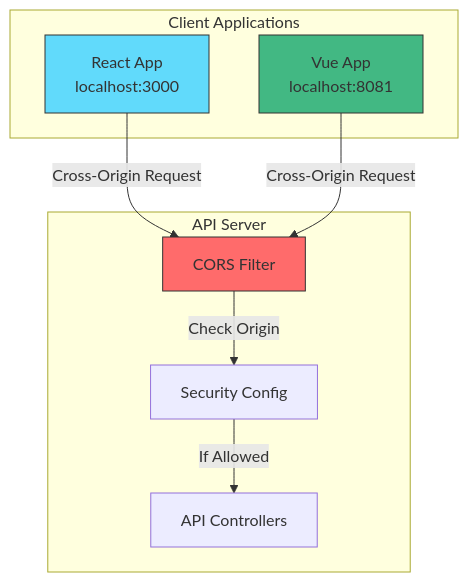
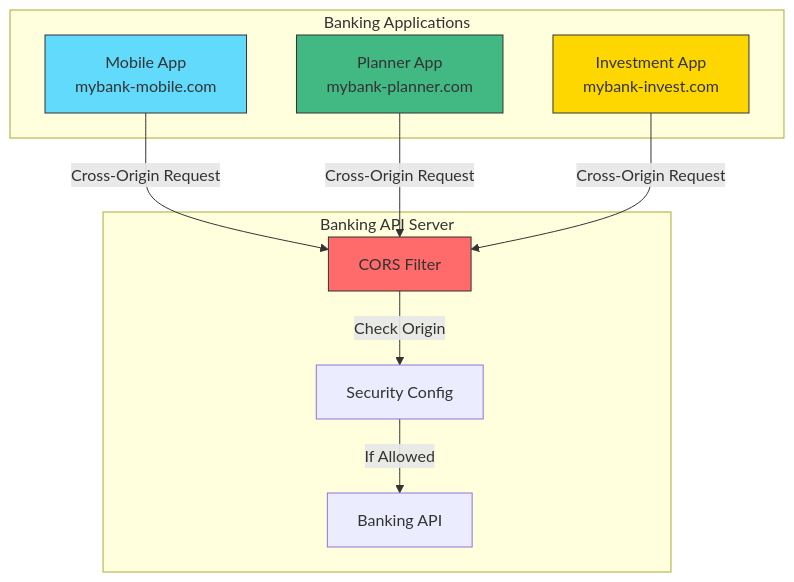
One commit to sankarpadhy/corf changed the second of 5 diagrams in README.md. Above: the diagram before and after it, drawn with Mermaid. The commit also changed other lines of this file and 34 other files, not shown here.

````diff
--- a/README.md
+++ b/README.md
@@ -48,22 +71,25 @@
 ```mermaid
 graph TB
-    subgraph "Client Applications"
-        R[React App<br/>localhost:3000]
-        V[Vue App<br/>localhost:8081]
+    subgraph "Banking Applications"
+        M[Mobile App<br/>mybank-mobile.com]
+        P[Planner App<br/>mybank-planner.com]
+        I[Investment App<br/>mybank-invest.com]
     end
     
-    subgraph "API Server"
+    subgraph "Banking API Server"
         CF[CORS Filter]
         SC[Security Config]
-        API[API Controllers]
+        API[Banking API]
     end
     
-    R -->|Cross-Origin Request| CF
-    V -->|Cross-Origin Request| CF
+    M -->|Cross-Origin Request| CF
+    P -->|Cross-Origin Request| CF
+    I -->|Cross-Origin Request| CF
     CF -->|Check Origin| SC
     SC -->|If Allowed| API
 
-    style R fill:#61dafb,stroke:#333
-    style V fill:#42b883,stroke:#333
+    style M fill:#61dafb,stroke:#333
+    style P fill:#42b883,stroke:#333
+    style I fill:#ffd700,stroke:#333
     style CF fill:#ff6b6b,stroke:#333
 ```
````
